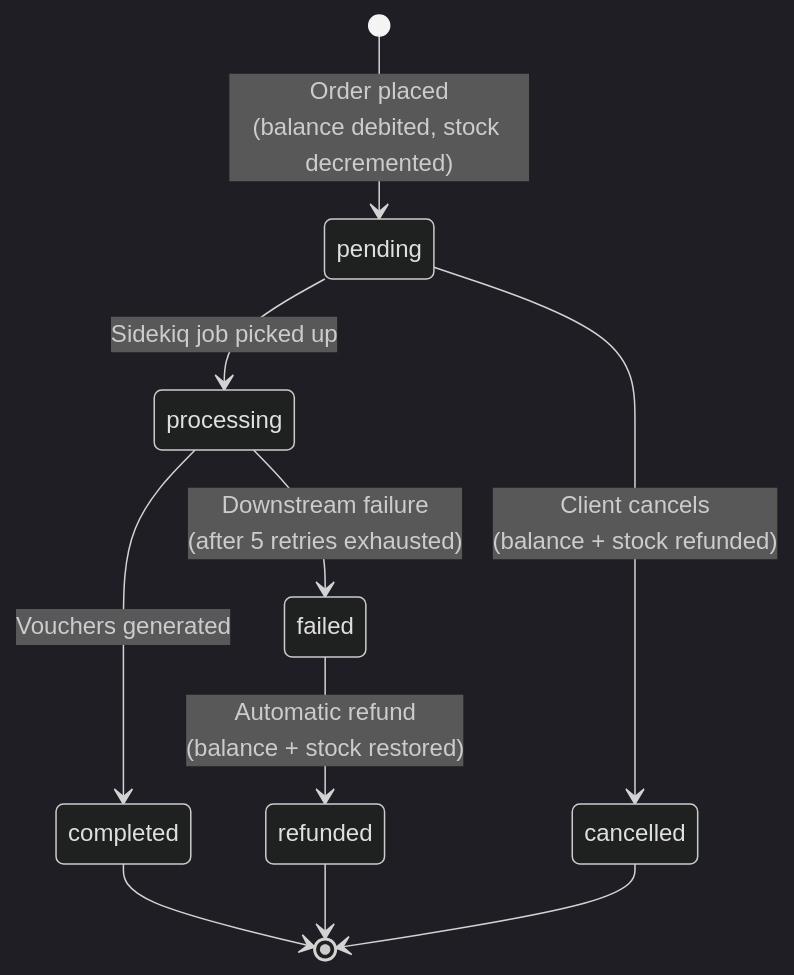
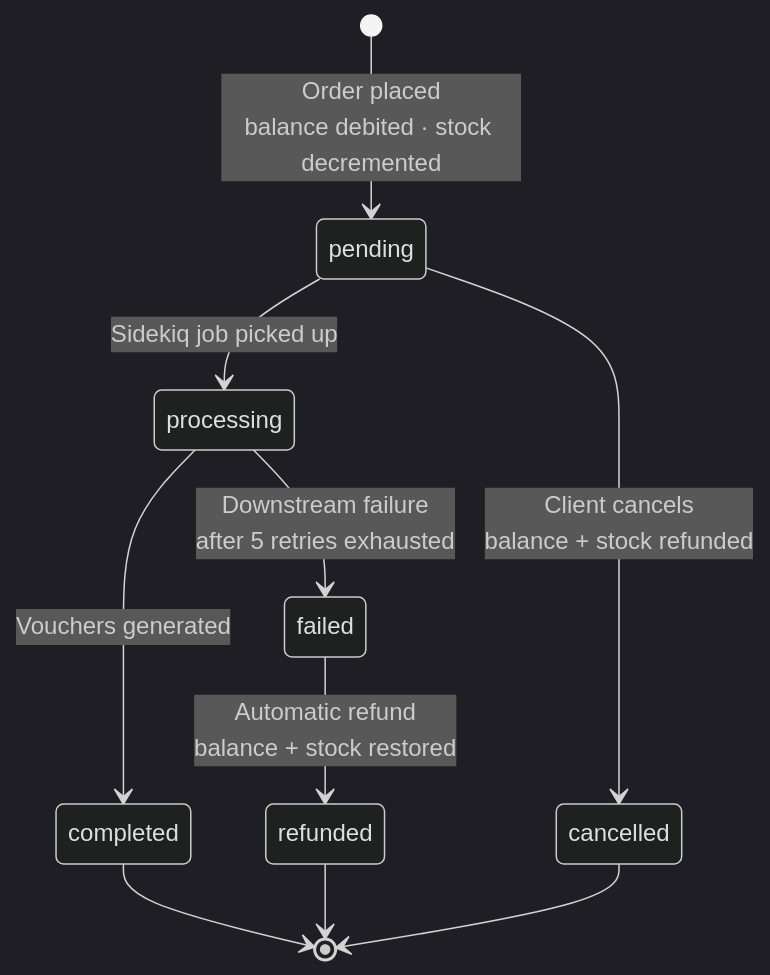
The second of 5 diagrams in docs/architecture.md (code-it-samurai/Voucher-Vendor-API-Rails), drawn with Mermaid (dark theme) before and after one commit. The commit also changed other lines of this file and 10 other files, not shown here.

First line of the commit message:
Docs overhaul: dark theme, auto-setup, detailed diagrams, table fixes

````diff
--- a/docs/architecture.md
+++ b/docs/architecture.md
@@ -36,16 +80,16 @@
 ```mermaid
 stateDiagram-v2
-    [*] --> pending: Order placed<br/>(balance debited, stock decremented)
+    [*] --> pending: Order placed<br/>balance debited · stock decremented
 
     pending --> processing: Sidekiq job picked up
-    pending --> cancelled: Client cancels<br/>(balance + stock refunded)
+    pending --> cancelled: Client cancels<br/>balance + stock refunded
 
     processing --> completed: Vouchers generated
-    processing --> failed: Downstream failure<br/>(after 5 retries exhausted)
+    processing --> failed: Downstream failure<br/>after 5 retries exhausted
 
-    failed --> refunded: Automatic refund<br/>(balance + stock restored)
+    failed --> refunded: Automatic refund<br/>balance + stock restored
 
     completed --> [*]
     cancelled --> [*]
     refunded --> [*]
 ```
````
